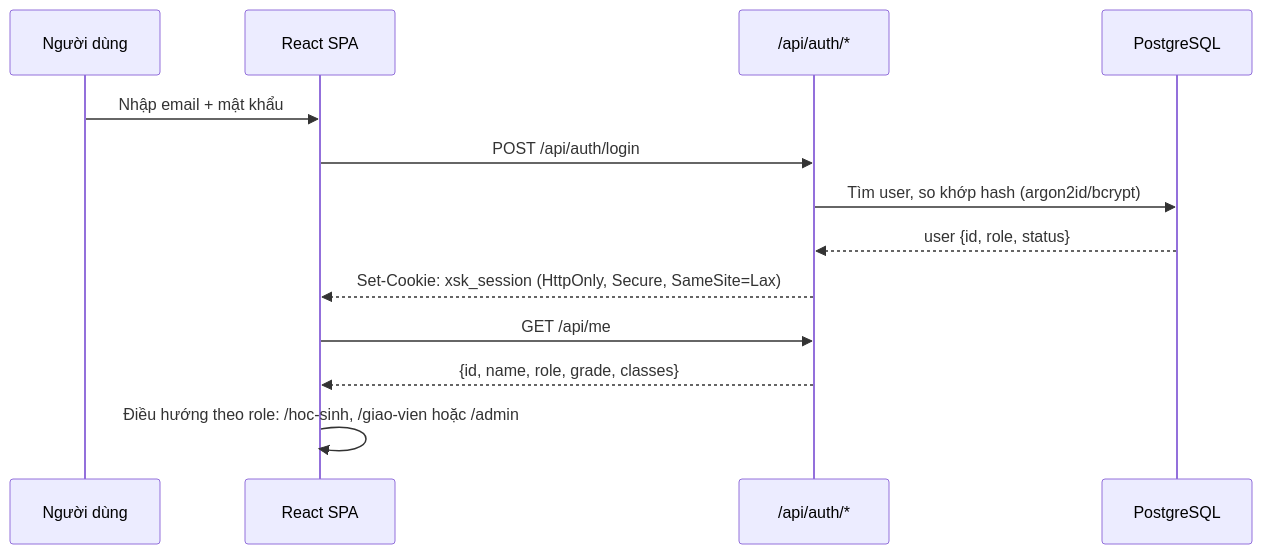
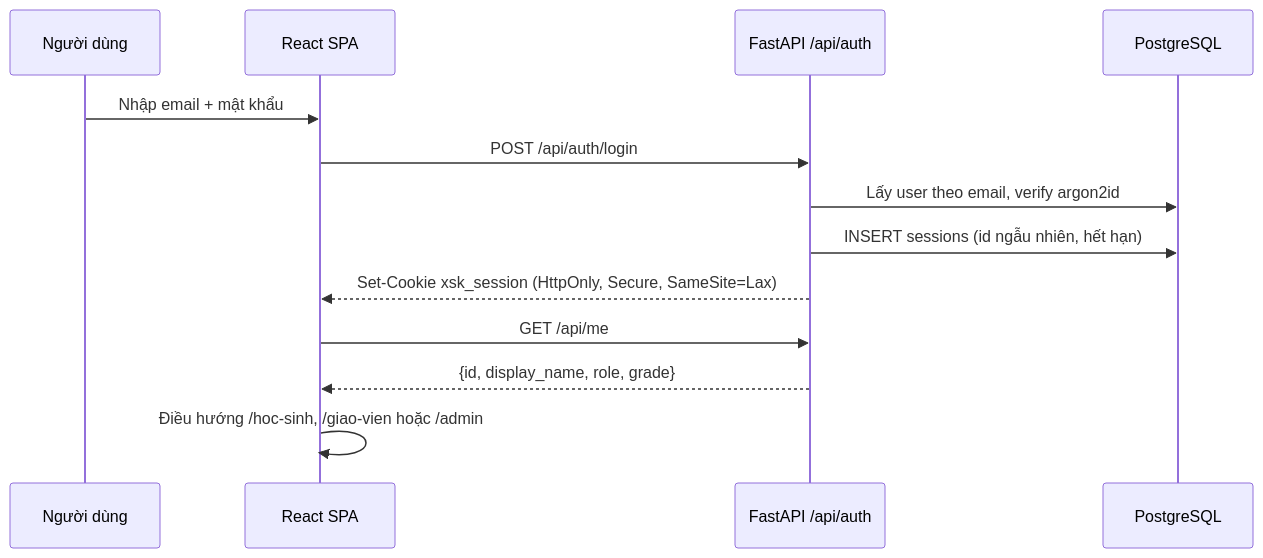
The third of 5 diagrams in docs/ARCHITECTURE.md (nguyenddung/EXE_XuyenSuKy), drawn with Mermaid before and after one commit. The commit also changed other lines of this file, not shown here.

Commit message:
docs: switch architecture to FastAPI, PostgreSQL and Docker

````diff
--- a/docs/ARCHITECTURE.md
+++ b/docs/ARCHITECTURE.md
@@ -95,16 +177,16 @@
 ```mermaid
 sequenceDiagram
   participant U as Người dùng
   participant FE as React SPA
-  participant API as /api/auth/*
+  participant API as FastAPI /api/auth
   participant DB as PostgreSQL
 
   U->>FE: Nhập email + mật khẩu
   FE->>API: POST /api/auth/login
-  API->>DB: Tìm user, so khớp hash (argon2id/bcrypt)
-  DB-->>API: user {id, role, status}
-  API-->>FE: Set-Cookie: xsk_session (HttpOnly, Secure, SameSite=Lax)
+  API->>DB: Lấy user theo email, verify argon2id
+  API->>DB: INSERT sessions (id ngẫu nhiên, hết hạn)
+  API-->>FE: Set-Cookie xsk_session (HttpOnly, Secure, SameSite=Lax)
   FE->>API: GET /api/me
-  API-->>FE: {id, name, role, grade, classes}
-  FE->>FE: Điều hướng theo role: /hoc-sinh, /giao-vien hoặc /admin
+  API-->>FE: {id, display_name, role, grade}
+  FE->>FE: Điều hướng /hoc-sinh, /giao-vien hoặc /admin
 ```
````
